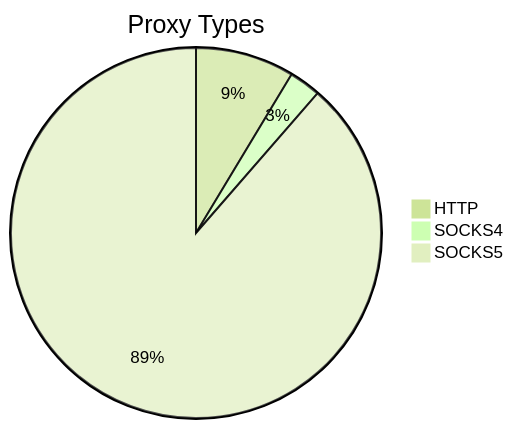
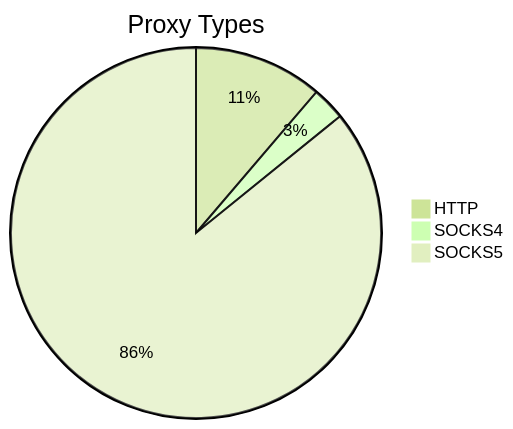
Before and after one commit to stormsia/proxy-list: the first of 2 diagrams in README.md, drawn with Mermaid (forest theme). The commit also changed other lines of this file, not shown here.

````diff
--- a/README.md
+++ b/README.md
@@ -21,6 +21,6 @@
 ```mermaid
 pie title Proxy Types
-    "HTTP" : 212
-    "SOCKS4" : 68
-    "SOCKS5" : 2177
+    "HTTP" : 185
+    "SOCKS4" : 48
+    "SOCKS5" : 1412
 ```
````
